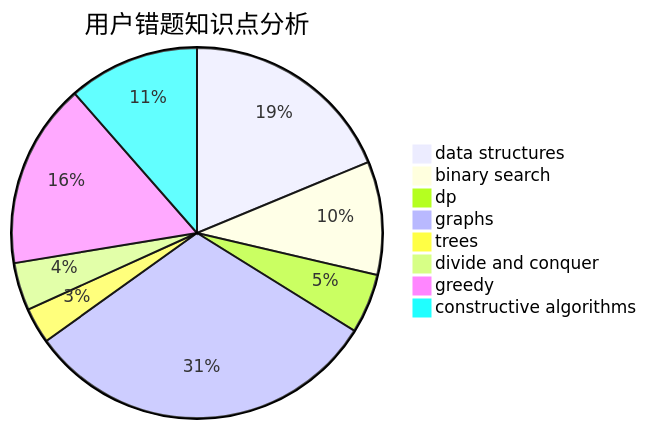
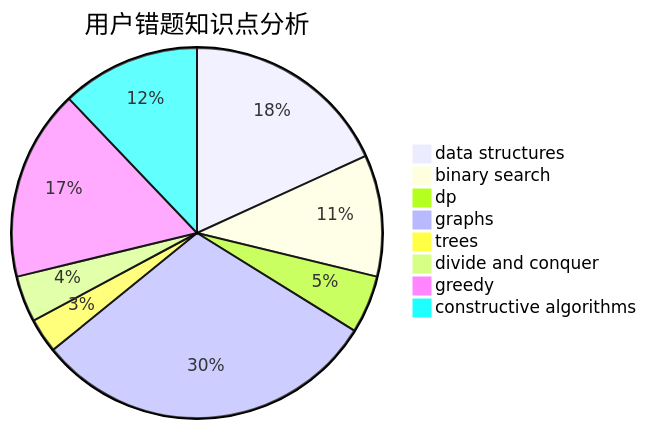
The third of 3 diagrams in docs/user/u2209.md (sherpahu/cfrs.github.io), drawn with Mermaid before and after one commit. The commit also changed other lines of this file and 2770 other files, not shown here.

````diff
--- a/docs/user/u2209.md
+++ b/docs/user/u2209.md
@@ -36,11 +36,11 @@
 ```mermaid
 pie title 用户错题知识点分析
     "data structures" :  36
-    "binary search" :  19
+    "binary search" :  21
     "dp" :  10
     "graphs" :  60
     "trees" :  6
     "divide and conquer" :  8
-    "greedy" :  31
-    "constructive algorithms" :  22
+    "greedy" :  33
+    "constructive algorithms" :  24
 ```
````
